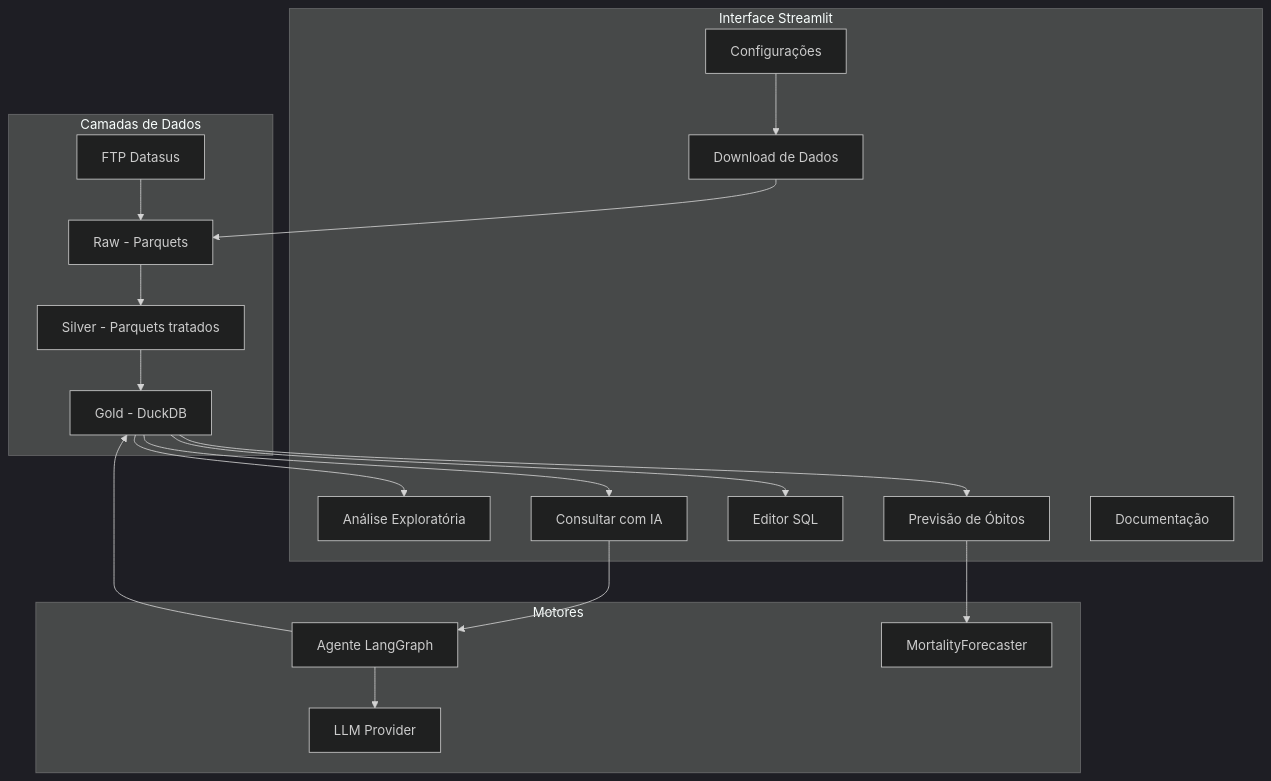
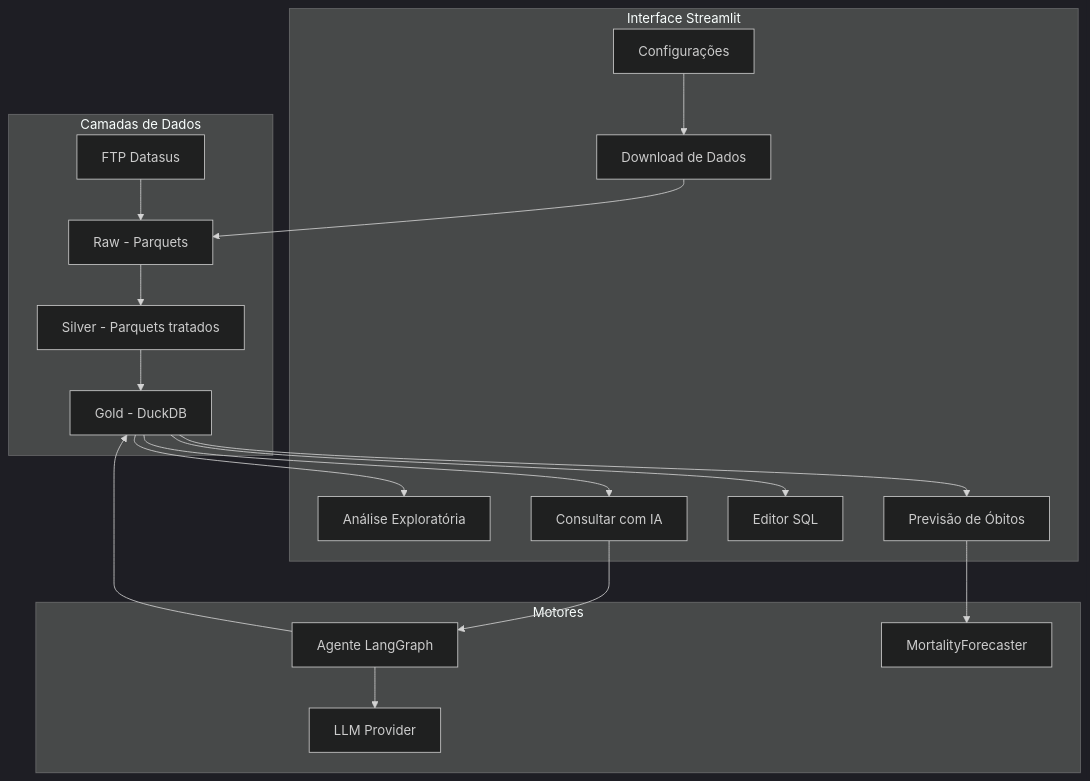
The diagram in docs/tecnico/arquitetura.md (clauciorank/SIM-DataSUS-TabNot), drawn with Mermaid (dark theme) before and after one commit. The commit also changed other lines of this file and 13 other files, not shown here.

````diff
--- a/docs/tecnico/arquitetura.md
+++ b/docs/tecnico/arquitetura.md
@@ -23,36 +23,35 @@
 ```mermaid
 flowchart TB
     subgraph ui [Interface Streamlit]
         Config[Configurações]
         Download[Download de Dados]
         Analise[Análise Exploratória]
         AgentUI[Consultar com IA]
         SQL[Editor SQL]
         Forecast[Previsão de Óbitos]
-        Docs[Documentação]
     end
 
     subgraph data [Camadas de Dados]
         FTP[FTP Datasus]
         Raw[Raw - Parquets]
         Silver[Silver - Parquets tratados]
         Gold[Gold - DuckDB]
     end
 
     subgraph engine [Motores]
         Agent[Agente LangGraph]
         MF[MortalityForecaster]
         LLM[LLM Provider]
     end
 
     FTP --> Raw --> Silver --> Gold
     Config --> Download
     Download --> Raw
     Gold --> Analise
     Gold --> SQL
     Gold --> AgentUI
     Gold --> Forecast
     AgentUI --> Agent --> LLM
     Agent --> Gold
     Forecast --> MF
 ```
````
